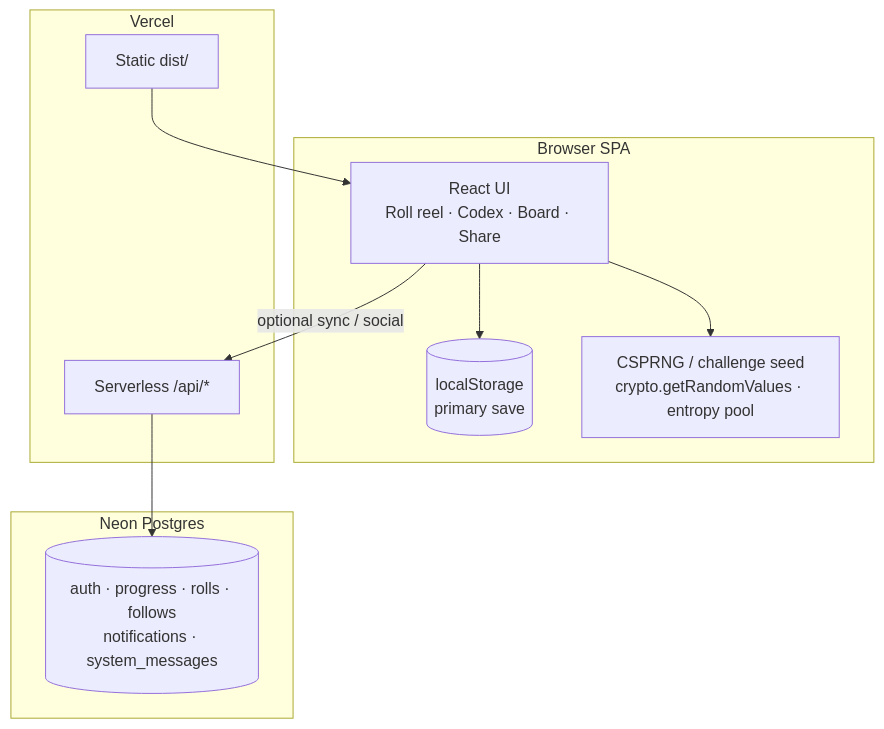
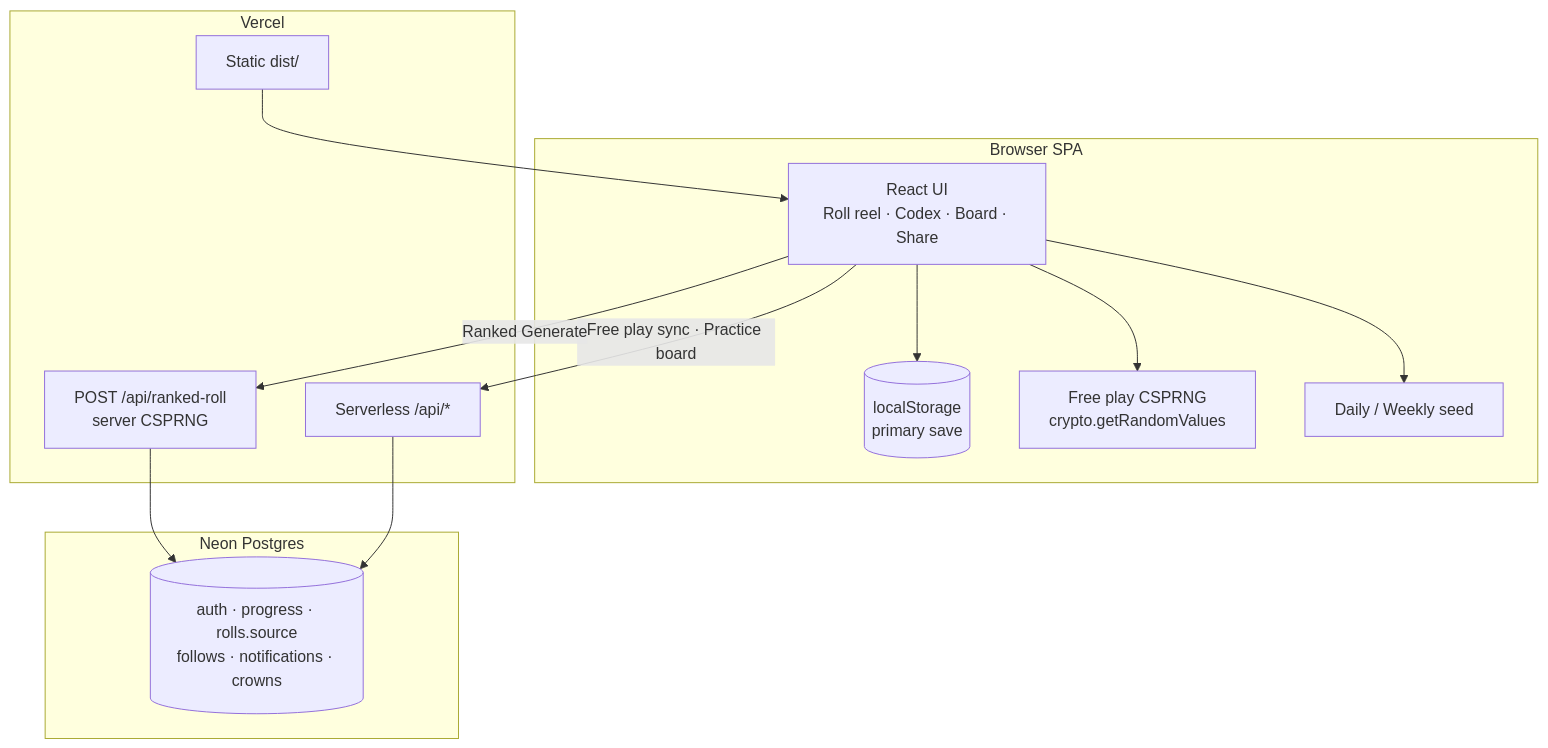
Before and after one commit to jondmarien/rngdle-unlocked: the diagram in README.md, drawn with Mermaid. The commit also changed other lines of this file and 7 other files, not shown here.

First line of the commit message:
docs(v0.4.0): dual boards Ranked + Practice sitewide copy

````diff
--- a/README.md
+++ b/README.md
@@ -54,23 +54,28 @@
 ```mermaid
 flowchart TB
   subgraph CLIENT["Browser SPA"]
     UI["React UI<br/>Roll reel · Codex · Board · Share"]
     LS[("localStorage<br/>primary save")]
-    RNG["CSPRNG / challenge seed<br/>crypto.getRandomValues · entropy pool"]
-    UI --> RNG
+    FREE["Free play CSPRNG<br/>crypto.getRandomValues"]
+    CHAL["Daily / Weekly seed"]
+    UI --> FREE
+    UI --> CHAL
     UI --> LS
   end
 
   subgraph VERCEL["Vercel"]
     STATIC["Static dist/"]
     API["Serverless /api/*"]
+    RANK["POST /api/ranked-roll<br/>server CSPRNG"]
   end
 
   subgraph DATA["Neon Postgres"]
-    NEON[("auth · progress · rolls · follows<br/>notifications · system_messages")]
+    NEON[("auth · progress · rolls.source<br/>follows · notifications · crowns")]
   end
 
-  UI -->|optional sync / social| API
+  UI -->|Free play sync · Practice board| API
+  UI -->|Ranked Generate| RANK
+  RANK --> NEON
   API --> NEON
   STATIC --> UI
 ```
````
